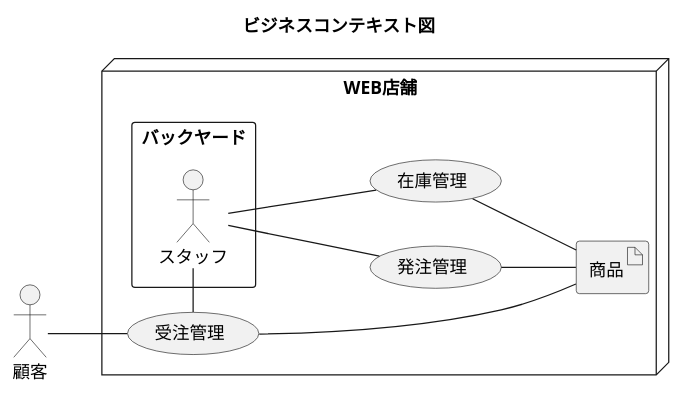
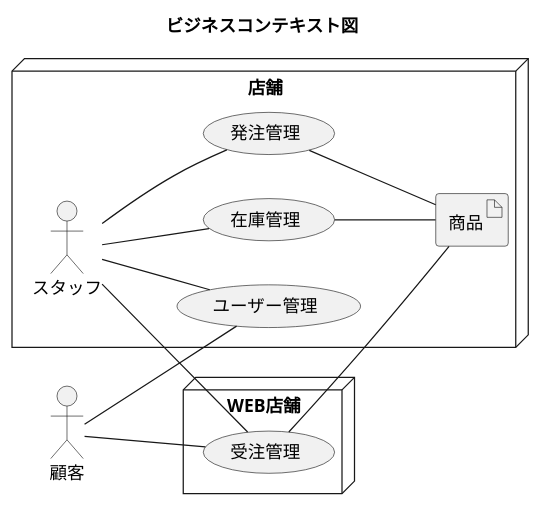
Before and after one commit to k2works/application_programing_excercise_2022: the fourth of 13 diagrams in docs/index.adoc, drawn with PlantUML. The commit also changed other lines of this file, not shown here.

```diff
--- a/docs/index.adoc
+++ b/docs/index.adoc
@@ -186,30 +186,35 @@
 [plantuml]
 ----
 @startuml
 
 title ビジネスコンテキスト図
 
 left to right direction
 
 actor 顧客 as ac_01
 
 node WEB店舗 {
-  rectangle バックヤード {
-    actor スタッフ as ac_02
-  }
   usecase 受注管理 as uc_01
+}
+
+node 店舗 {
+  actor スタッフ as ac_02
+
   usecase 発注管理 as uc_02
   usecase 在庫管理 as uc_03
+  usecase ユーザー管理 as uc_04
   artifact 商品 as ar_01
 }
 
 ac_01 -- (uc_01)
 ac_02 - (uc_01)
 (uc_01) -- (ar_01)
 ac_02 -- (uc_02)
 (uc_02) -- (ar_01)
 ac_02 -- (uc_03)
 (uc_03) -- (ar_01)
+ac_01 -- (uc_04)
+ac_02 -- (uc_04)
 
 @enduml
 ----
```
